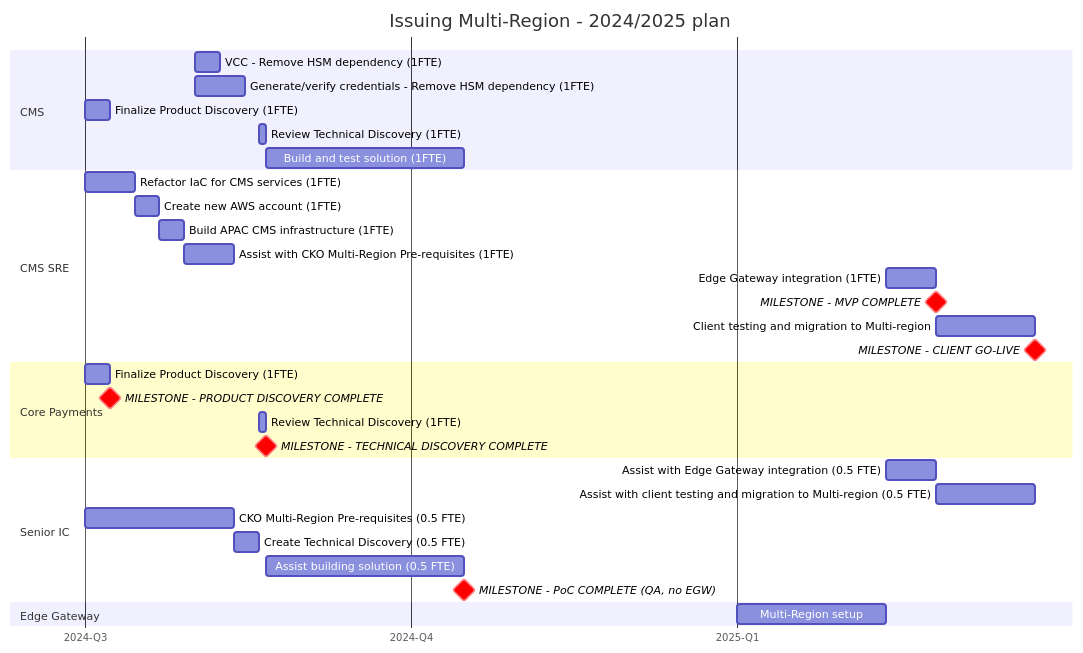
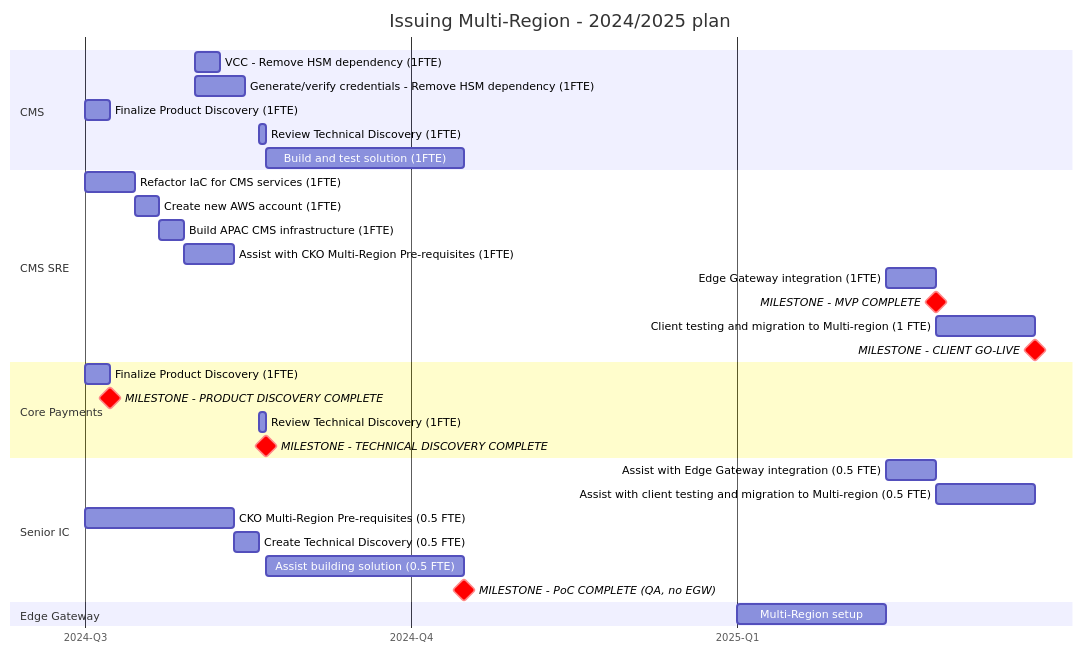
The diagram in emerging-products/issuing/multi-region/project-plan/project-plan.mmd (mark-gossa-cko/draft-docs), drawn with Mermaid before and after one commit.

Commit message:
Minor update to project plan

```diff
--- a/emerging-products/issuing/multi-region/project-plan/project-plan.mmd
+++ b/emerging-products/issuing/multi-region/project-plan/project-plan.mmd
@@ -1,35 +1,35 @@
 gantt
     title Issuing Multi-Region - 2024/2025 plan
     dateFormat YYYY-Q
     axisFormat %Y-Q%q
     tickInterval 3month
     todayMarker off
     section CMS
         VCC - Remove HSM dependency (1FTE):2024-8, 7d
         Generate/verify credentials - Remove HSM dependency (1FTE):2024-8, 14d
         Finalize Product Discovery (1FTE): 2024-7, 7d
         Review Technical Discovery (1FTE): cms1, after SeniorIc2, 2d
         Build and test solution (1FTE): cms2, after cms1, 56d
     section CMS SRE
         Refactor IaC for CMS services (1FTE): CmsSre1, 2024-7, 14d
         Create new AWS account (1FTE): CmsSre2, after CmsSre1, 7d
         Build APAC CMS infrastructure (1FTE): after CmsSre2, 7d
         Assist with CKO Multi-Region Pre-requisites (1FTE): 14d
         Edge Gateway integration (1FTE): after egw1, 14d
         MILESTONE - MVP COMPLETE: crit, milestone, m1
-        Client testing and migration to Multi-region: 28d
+        Client testing and migration to Multi-region (1 FTE): 28d
         MILESTONE - CLIENT GO-LIVE: crit, milestone, m1
     section Core Payments
         Finalize Product Discovery (1FTE): 2024-7, 7d
         MILESTONE - PRODUCT DISCOVERY COMPLETE: crit, milestone, m1
         Review Technical Discovery (1FTE): after SeniorIc2, 2d
         MILESTONE - TECHNICAL DISCOVERY COMPLETE: crit, milestone, m1
     section Senior IC
         Assist with Edge Gateway integration (0.5 FTE): after egw1, 14d
         Assist with client testing and migration to Multi-region (0.5 FTE): 28d
         CKO Multi-Region Pre-requisites (0.5 FTE): SeniorIc1, 2024-7, 42d
         Create Technical Discovery (0.5 FTE): SeniorIc2, after SeniorIc1, 7d
         Assist building solution (0.5 FTE): after cms1, 56d
         MILESTONE - PoC COMPLETE (QA, no EGW): crit, milestone, m1
     section Edge Gateway
         Multi-Region setup: egw1, 2025-1, 42d
```
